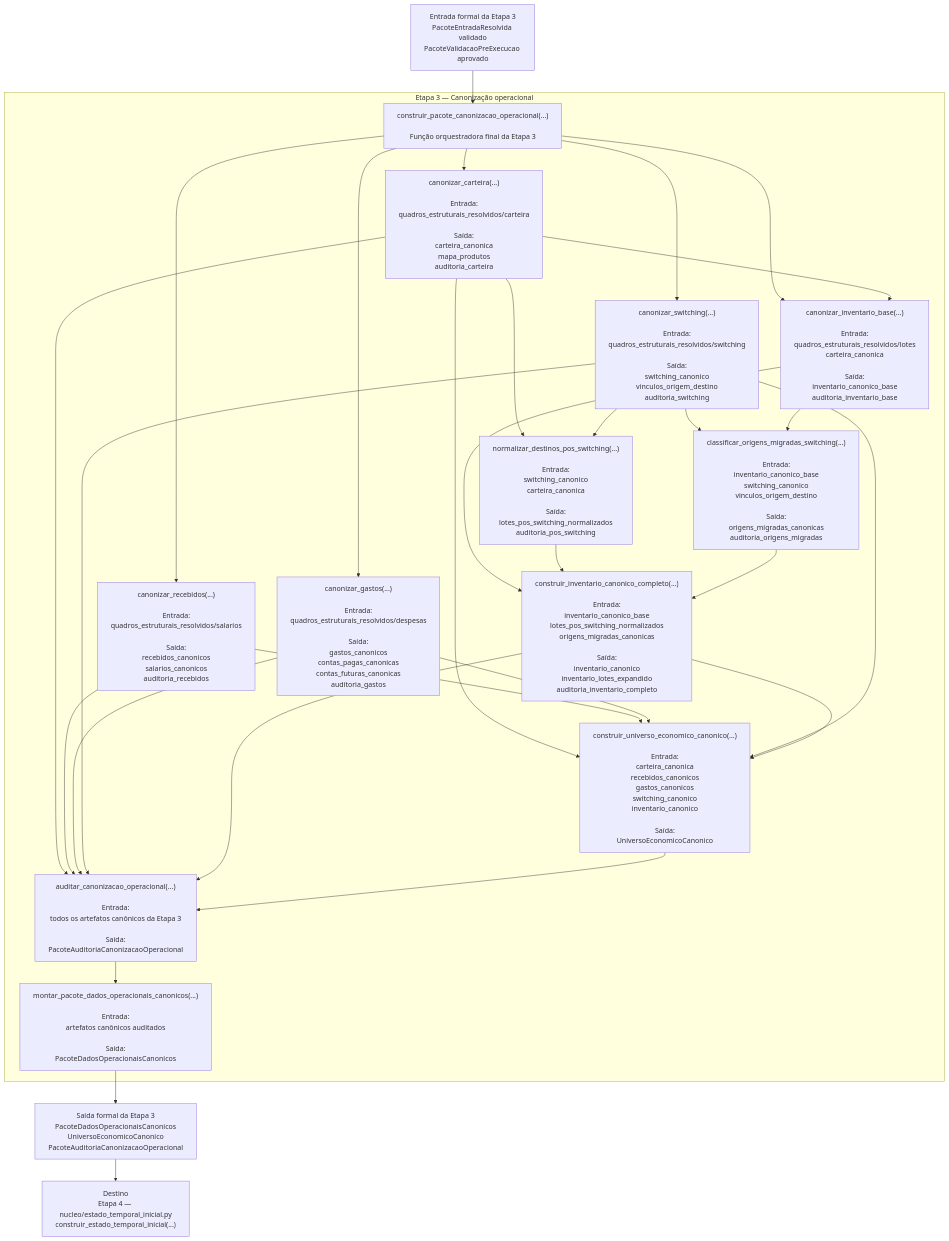
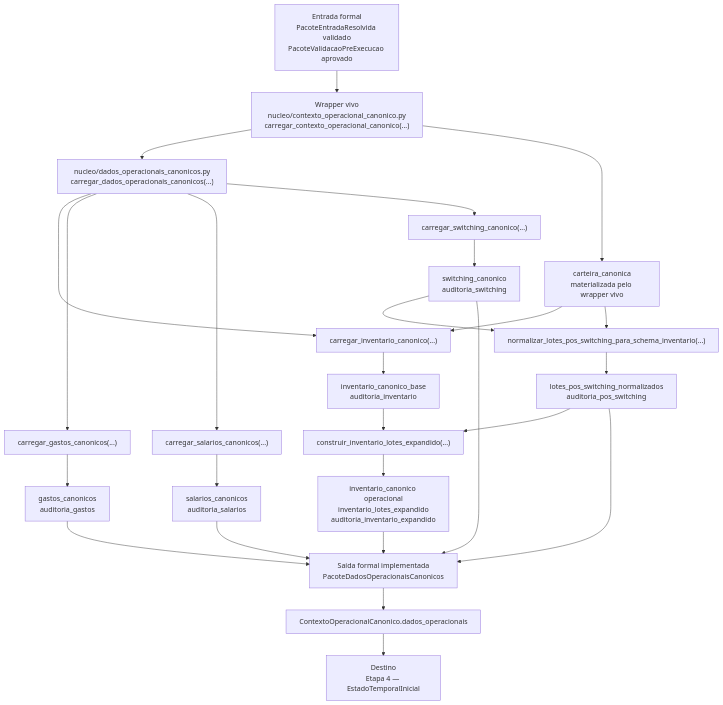
Before and after one commit to WevertonGomesCosta/payment-investment-allocation: the diagram in relatorios/principais/contratos_individuais/CONTRATO_ETAPA3_DADOS_OPERACIONAIS_CANONICOS.md, drawn with Mermaid. The commit also changed other lines of this file, not shown here.

Commit message:
MICRO-CONTRATOS-03: alinha contrato da etapa 3 aos scripts vivos

````diff
--- a/relatorios/principais/contratos_individuais/CONTRATO_ETAPA3_DADOS_OPERACIONAIS_CANONICOS.md
+++ b/relatorios/principais/contratos_individuais/CONTRATO_ETAPA3_DADOS_OPERACIONAIS_CANONICOS.md
@@ -205,64 +236,35 @@
 ```mermaid
 flowchart TD
+    IN["Entrada formal<br/>PacoteEntradaResolvida validado<br/>PacoteValidacaoPreExecucao aprovado"] --> WRAP["Wrapper vivo<br/>nucleo/contexto_operacional_canonico.py<br/>carregar_contexto_operacional_canonico(...)"]
 
-    IN["Entrada formal da Etapa 3<br/>PacoteEntradaResolvida validado<br/>PacoteValidacaoPreExecucao aprovado"]
+    WRAP --> ORQ["nucleo/dados_operacionais_canonicos.py<br/>carregar_dados_operacionais_canonicos(...)"]
+    WRAP --> CART["carteira_canonica<br/>materializada pelo wrapper vivo"]
 
-    subgraph E3["Etapa 3 — Canonização operacional"]
+    ORQ --> INV["carregar_inventario_canonico(...)"]
+    ORQ --> GAST["carregar_gastos_canonicos(...)"]
+    ORQ --> SAL["carregar_salarios_canonicos(...)"]
+    ORQ --> SW["carregar_switching_canonico(...)"]
 
-        F0["construir_pacote_canonizacao_operacional(...)<br/><br/>Função orquestradora final da Etapa 3"]
+    CART --> INV
+    INV --> INVBASE["inventario_canonico_base<br/>auditoria_inventario"]
+    GAST --> GASTOS["gastos_canonicos<br/>auditoria_gastos"]
+    SAL --> RECEB["salarios_canonicos<br/>auditoria_salarios"]
+    SW --> SWCAN["switching_canonico<br/>auditoria_switching"]
 
-        F1["canonizar_carteira(...)<br/><br/>Entrada:<br/>quadros_estruturais_resolvidos/carteira<br/><br/>Saída:<br/>carteira_canonica<br/>mapa_produtos<br/>auditoria_carteira"]
+    SWCAN --> POS["normalizar_lotes_pos_switching_para_schema_inventario(...)"]
+    CART --> POS
+    POS --> LOTESPOS["lotes_pos_switching_normalizados<br/>auditoria_pos_switching"]
 
-        F2["canonizar_recebidos(...)<br/><br/>Entrada:<br/>quadros_estruturais_resolvidos/salarios<br/><br/>Saída:<br/>recebidos_canonicos<br/>salarios_canonicos<br/>auditoria_recebidos"]
+    INVBASE --> INVEXP["construir_inventario_lotes_expandido(...)"]
+    LOTESPOS --> INVEXP
+    INVEXP --> INVOP["inventario_canonico operacional<br/>inventario_lotes_expandido<br/>auditoria_inventario_expandido"]
 
-        F3["canonizar_gastos(...)<br/><br/>Entrada:<br/>quadros_estruturais_resolvidos/despesas<br/><br/>Saída:<br/>gastos_canonicos<br/>contas_pagas_canonicas<br/>contas_futuras_canonicas<br/>auditoria_gastos"]
+    INVOP --> PACK["Saída formal implementada<br/>PacoteDadosOperacionaisCanonicos"]
+    GASTOS --> PACK
+    RECEB --> PACK
+    SWCAN --> PACK
+    LOTESPOS --> PACK
 
-        F4["canonizar_switching(...)<br/><br/>Entrada:<br/>quadros_estruturais_resolvidos/switching<br/><br/>Saída:<br/>switching_canonico<br/>vinculos_origem_destino<br/>auditoria_switching"]
-
-        F5["canonizar_inventario_base(...)<br/><br/>Entrada:<br/>quadros_estruturais_resolvidos/lotes<br/>carteira_canonica<br/><br/>Saída:<br/>inventario_canonico_base<br/>auditoria_inventario_base"]
-
-        F6["normalizar_destinos_pos_switching(...)<br/><br/>Entrada:<br/>switching_canonico<br/>carteira_canonica<br/><br/>Saída:<br/>lotes_pos_switching_normalizados<br/>auditoria_pos_switching"]
-
-        F7["classificar_origens_migradas_switching(...)<br/><br/>Entrada:<br/>inventario_canonico_base<br/>switching_canonico<br/>vinculos_origem_destino<br/><br/>Saída:<br/>origens_migradas_canonicas<br/>auditoria_origens_migradas"]
-
-        F8["construir_inventario_canonico_completo(...)<br/><br/>Entrada:<br/>inventario_canonico_base<br/>lotes_pos_switching_normalizados<br/>origens_migradas_canonicas<br/><br/>Saída:<br/>inventario_canonico<br/>inventario_lotes_expandido<br/>auditoria_inventario_completo"]
-
-        F9["construir_universo_economico_canonico(...)<br/><br/>Entrada:<br/>carteira_canonica<br/>recebidos_canonicos<br/>gastos_canonicos<br/>switching_canonico<br/>inventario_canonico<br/><br/>Saída:<br/>UniversoEconomicoCanonico"]
-
-        F10["auditar_canonizacao_operacional(...)<br/><br/>Entrada:<br/>todos os artefatos canônicos da Etapa 3<br/><br/>Saída:<br/>PacoteAuditoriaCanonizacaoOperacional"]
-
-        F11["montar_pacote_dados_operacionais_canonicos(...)<br/><br/>Entrada:<br/>artefatos canônicos auditados<br/><br/>Saída:<br/>PacoteDadosOperacionaisCanonicos"]
-
-        F0 --> F1
-        F0 --> F2
-        F0 --> F3
-        F0 --> F4
-        F0 --> F5
-        F1 --> F5
-        F1 --> F6
-        F4 --> F6
-        F4 --> F7
-        F5 --> F7
-        F5 --> F8
-        F6 --> F8
-        F7 --> F8
-        F1 --> F9
-        F2 --> F9
-        F3 --> F9
-        F4 --> F9
-        F8 --> F9
-        F1 --> F10
-        F2 --> F10
-        F3 --> F10
-        F4 --> F10
-        F8 --> F10
-        F9 --> F10
-        F10 --> F11
-    end
-
-    OUT["Saída formal da Etapa 3<br/>PacoteDadosOperacionaisCanonicos<br/>UniversoEconomicoCanonico<br/>PacoteAuditoriaCanonizacaoOperacional"]
-
-    IN --> F0
-    F11 --> OUT
-    OUT --> E4["Destino<br/>Etapa 4 — nucleo/estado_temporal_inicial.py<br/>construir_estado_temporal_inicial(...)"]
+    PACK --> CTX["ContextoOperacionalCanonico.dados_operacionais"]
+    CTX --> E4["Destino<br/>Etapa 4 — EstadoTemporalInicial"]
 ```
````
